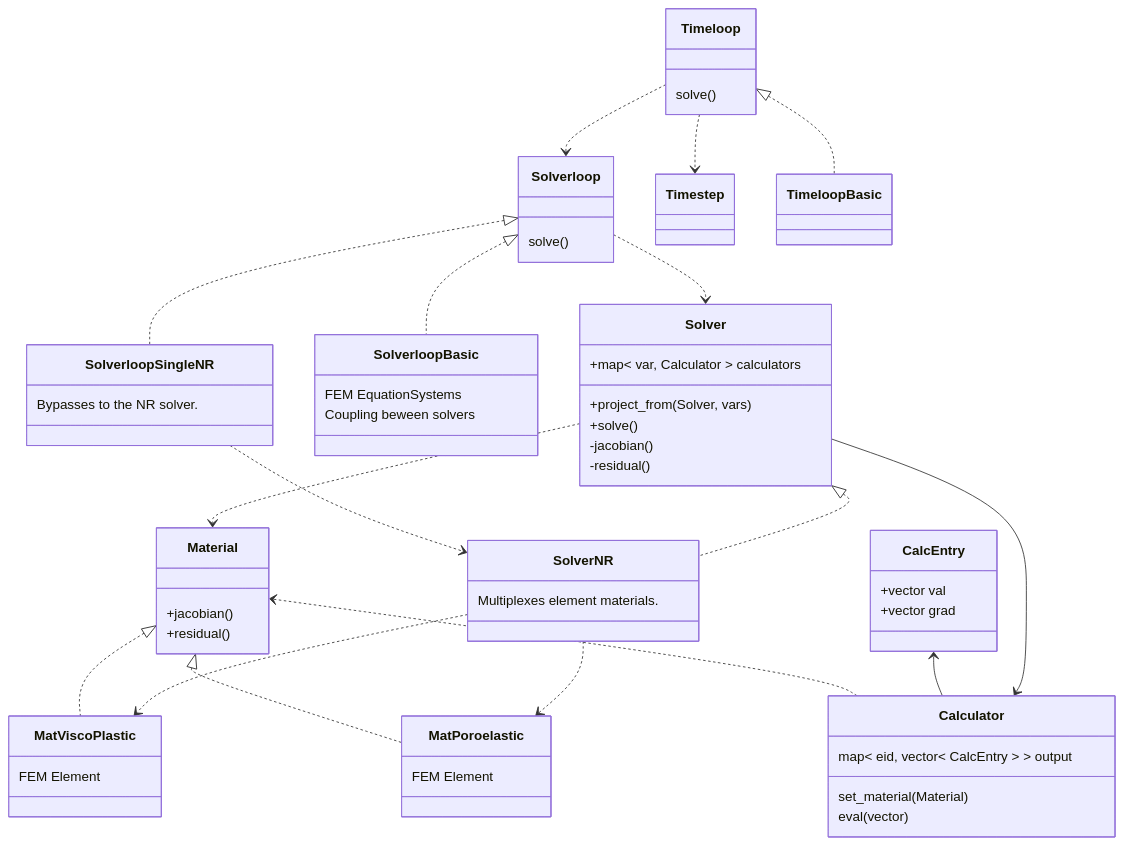
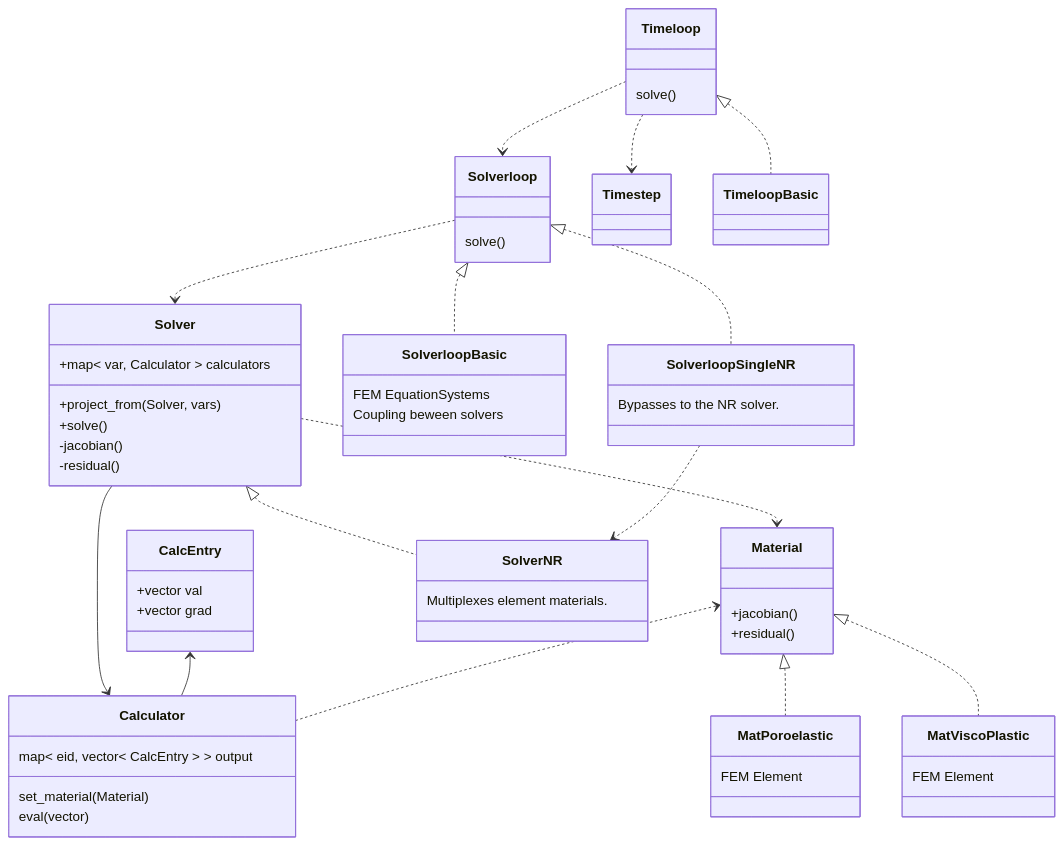
Before and after one commit to rebpoli/harpy: the diagram in include/README.md, drawn with Mermaid.

```diff
--- a/include/README.md
+++ b/include/README.md
@@ -83,9 +83,6 @@
     Solverloop ..> Solver
     Solver..> Material
 
-    SolverNR ..> MatViscoPlastic
-    SolverNR ..> MatPoroelastic
-
 %%
 %% classA <|-- classB    // Inheritance (B inherits from A)
 %% classA <|.. classB    // Implementation (B implements A)
```
